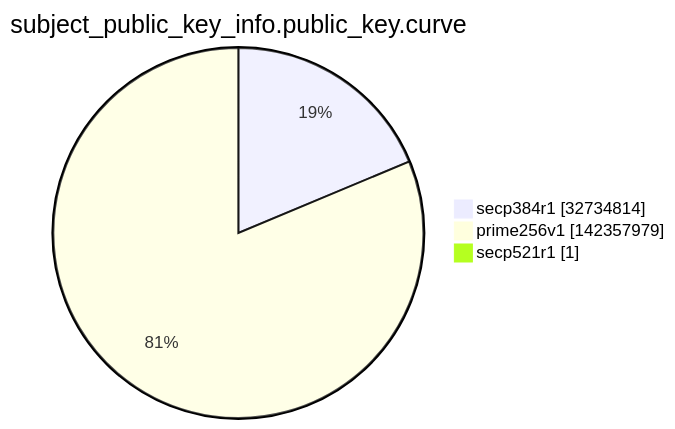
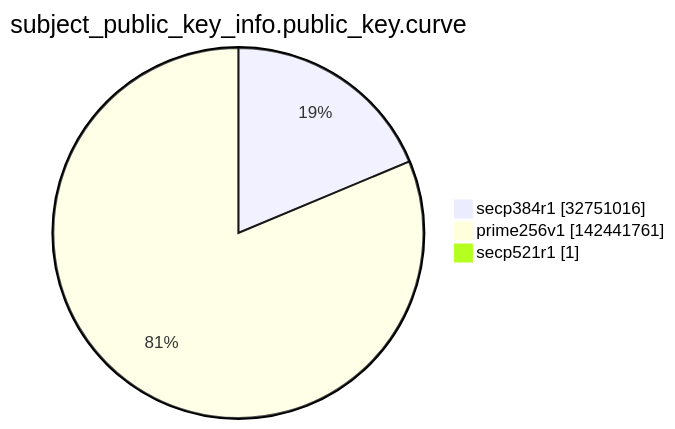
The ninth of 15 diagrams in argon2022/README.md (christiankrug/ctmonitor_visualization), drawn with Mermaid before and after one commit. The commit also changed other lines of this file, not shown here.

````diff
--- a/argon2022/README.md
+++ b/argon2022/README.md
@@ -2763,7 +2763,7 @@
 ```mermaid
 pie showData
 title subject_public_key_info.public_key.curve
-"secp384r1" :32734814
-"prime256v1" :142357979
+"secp384r1" :32751016
+"prime256v1" :142441761
 "secp521r1" :1
 ```
````
